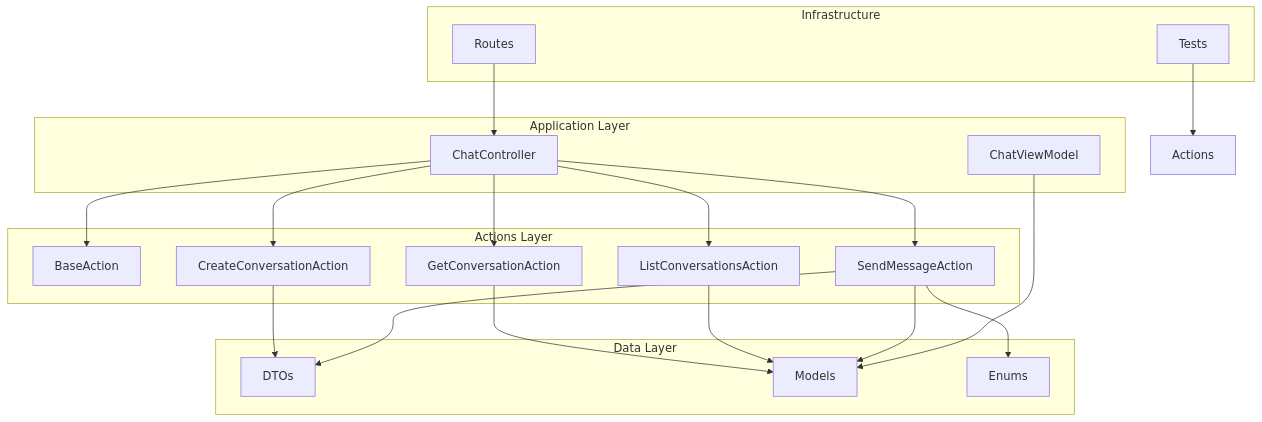
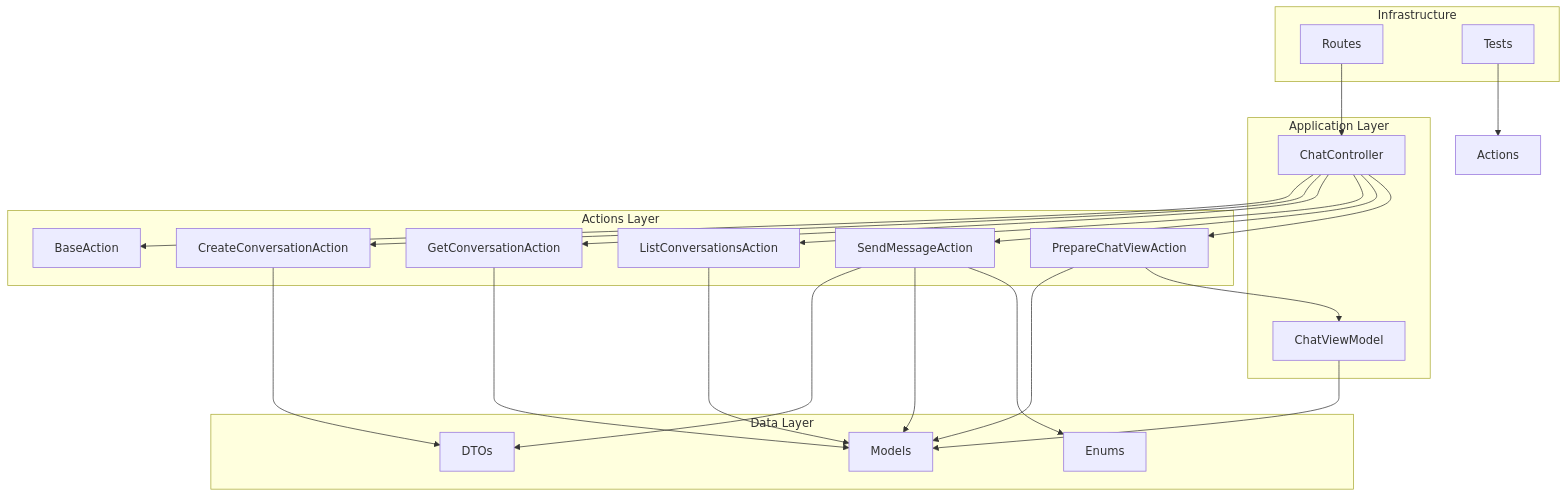
One commit to siimliimand/laravel-assistant changed the first of 8 diagrams in .qoder/repowiki/en/content/Actions Layer Specification.md. Above: the diagram before and after it, drawn with Mermaid. The commit also changed other lines of this file and 8 other files, not shown here.

First line of the commit message:
docs(actions): add PrepareChatViewAction and update architecture docs

````diff
--- a/.qoder/repowiki/en/content/Actions Layer Specification.md
+++ b/.qoder/repowiki/en/content/Actions Layer Specification.md
@@ -44,37 +56,41 @@
 ```mermaid
 graph TB
 subgraph "Application Layer"
 Controller[ChatController]
 ViewModel[ChatViewModel]
 end
 subgraph "Actions Layer"
 BaseAction[BaseAction]
 CreateAction[CreateConversationAction]
 GetAction[GetConversationAction]
 ListAction[ListConversationsAction]
 SendAction[SendMessageAction]
+PrepareAction[PrepareChatViewAction]
 end
 subgraph "Data Layer"
 DTOs[DTOs]
 Models[Models]
 Enums[Enums]
 end
 subgraph "Infrastructure"
 Routes[Routes]
 Tests[Tests]
 end
 Controller --> BaseAction
 Controller --> CreateAction
 Controller --> GetAction
 Controller --> ListAction
 Controller --> SendAction
+Controller --> PrepareAction
 CreateAction --> DTOs
 GetAction --> Models
 ListAction --> Models
 SendAction --> DTOs
 SendAction --> Models
 SendAction --> Enums
+PrepareAction --> Models
+PrepareAction --> ViewModel
 ViewModel --> Models
 Routes --> Controller
 Tests --> Actions
 ```
````
